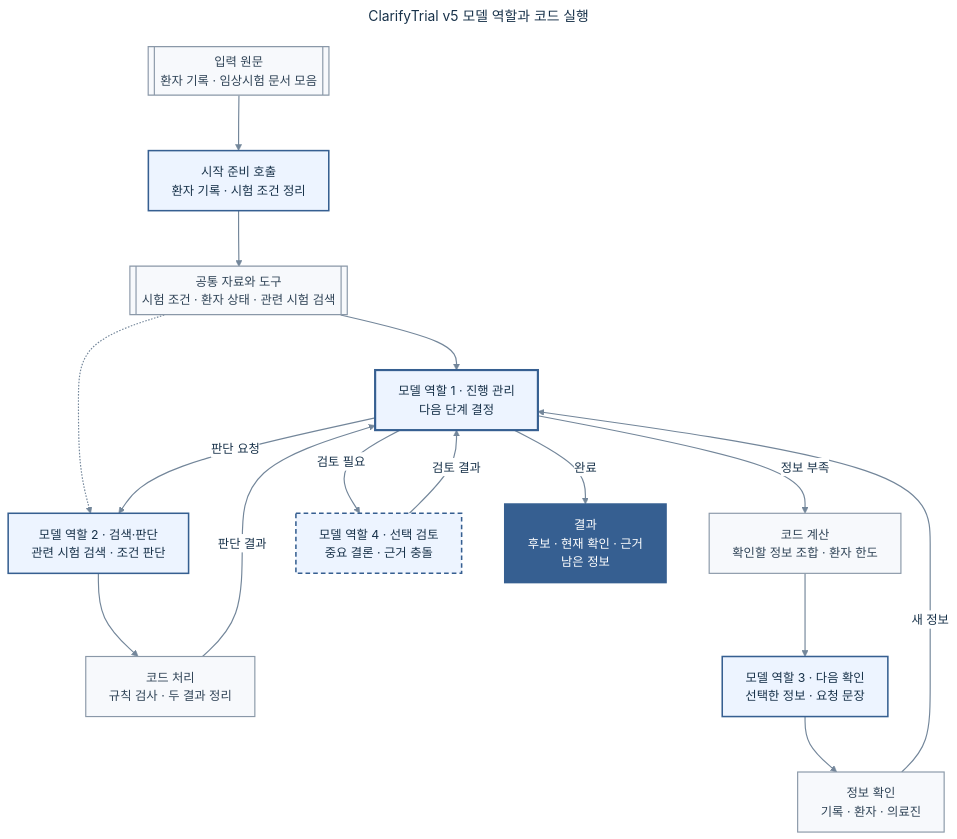
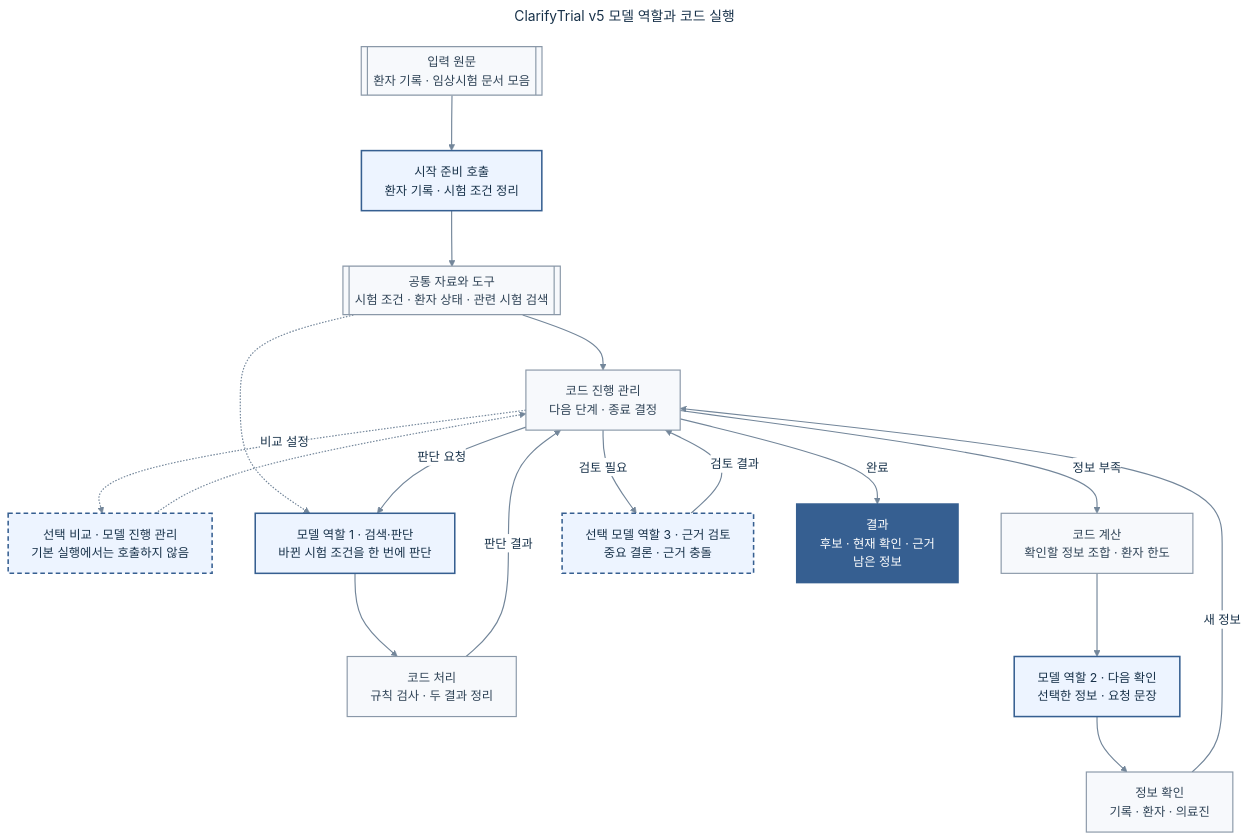
The diagram in docs/internal/diagrams/clarifytrial-performance-agent-architecture.mmd (health-agent/Clarifytrial), drawn with Mermaid before and after one commit. The commit also changed 39 other files, not shown here.

```diff
--- a/docs/internal/diagrams/clarifytrial-performance-agent-architecture.mmd
+++ b/docs/internal/diagrams/clarifytrial-performance-agent-architecture.mmd
@@ -1,59 +1,63 @@
 ---
 title: ClarifyTrial v5 모델 역할과 코드 실행
 config:
   theme: base
   flowchart:
     curve: basis
     nodeSpacing: 56
     rankSpacing: 72
     wrappingWidth: 260
   themeVariables:
     background: '#ffffff'
     primaryTextColor: '#18324a'
     lineColor: '#73869a'
     edgeLabelBackground: '#ffffff'
     fontFamily: 'Pretendard, Noto Sans KR, Malgun Gothic, sans-serif'
 ---
 flowchart TB
     I[["입력 원문<br/>환자 기록 · 임상시험 문서 모음"]]
     B["시작 준비 호출<br/>환자 기록 · 시험 조건 정리"]
     S[["공통 자료와 도구<br/>시험 조건 · 환자 상태 · 관련 시험 검색"]]
-    A1["모델 역할 1 · 진행 관리<br/>다음 단계 결정"]
+    A1["코드 진행 관리<br/>다음 단계 · 종료 결정"]
+    A1M["선택 비교 · 모델 진행 관리<br/>기본 실행에서는 호출하지 않음"]
 
-    A2["모델 역할 2 · 검색·판단<br/>관련 시험 검색 · 조건 판단"]
+    A2["모델 역할 1 · 검색·판단<br/>바뀐 시험 조건을 한 번에 판단"]
     C["코드 처리<br/>규칙 검사 · 두 결과 정리"]
     C3["코드 계산<br/>확인할 정보 조합 · 환자 한도"]
-    A3["모델 역할 3 · 다음 확인<br/>선택한 정보 · 요청 문장"]
+    A3["모델 역할 2 · 다음 확인<br/>선택한 정보 · 요청 문장"]
     E["정보 확인<br/>기록 · 환자 · 의료진"]
-    A4["모델 역할 4 · 선택 검토<br/>중요 결론 · 근거 충돌"]
+    A4["선택 모델 역할 3 · 근거 검토<br/>중요 결론 · 근거 충돌"]
 
     O["결과<br/>후보 · 현재 확인 · 근거<br/>남은 정보"]
 
     I --> B
     B --> S
     S --> A1
+    A1 -.->|비교 설정| A1M
+    A1M -.-> A1
     S -.-> A2
     A1 -->|판단 요청| A2
     A2 --> C
     C -->|판단 결과| A1
     A1 -->|정보 부족| C3
     C3 --> A3
     A3 --> E
     E -->|새 정보| A1
     A1 -->|검토 필요| A4
     A4 -->|검토 결과| A1
     A1 -->|완료| O
 
     classDef lead fill:#edf4ff,stroke:#365f91,stroke-width:2.8px,color:#18324a;
     classDef agent fill:#edf4ff,stroke:#365f91,stroke-width:2px,color:#18324a;
     classDef optional fill:#edf4ff,stroke:#365f91,stroke-width:2px,stroke-dasharray:6 4,color:#18324a;
     classDef shared fill:#f7f9fc,stroke:#8a98a8,stroke-width:1.5px,color:#304457;
     classDef output fill:#365f91,stroke:#365f91,stroke-width:2px,color:#ffffff;
 
-    class A1 lead;
+    class A1 shared;
+    class A1M optional;
     class A2,A3 agent;
     class A4 optional;
     class I,S,C,C3,E shared;
     class B agent;
     class O output;
     linkStyle default stroke:#73869a,stroke-width:1.5px;
```
